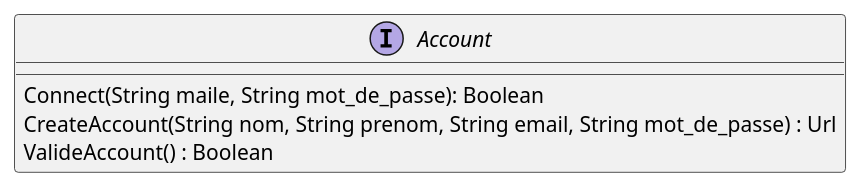
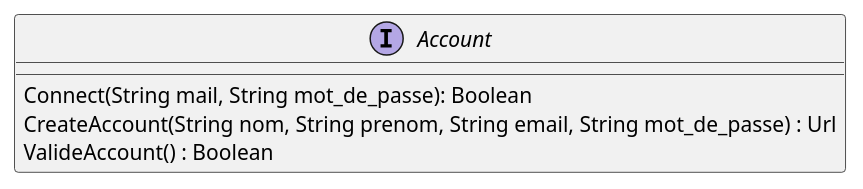
Before and after one commit to sybarry/Trivial_Pursuit_CL: the third of 9 diagrams in trivial-doc/modules/development/pages/composants.adoc, drawn with PlantUML.

Commit message:
inteface A

```diff
--- a/trivial-doc/modules/development/pages/composants.adoc
+++ b/trivial-doc/modules/development/pages/composants.adoc
@@ -97,8 +97,8 @@
 [plantuml]
 ....
 interface Account {
-    Connect(String maile, String mot_de_passe): Boolean
+    Connect(String mail, String mot_de_passe): Boolean
     CreateAccount(String nom, String prenom, String email, String mot_de_passe) : Url
     ValideAccount() : Boolean
 }
 ....
```
